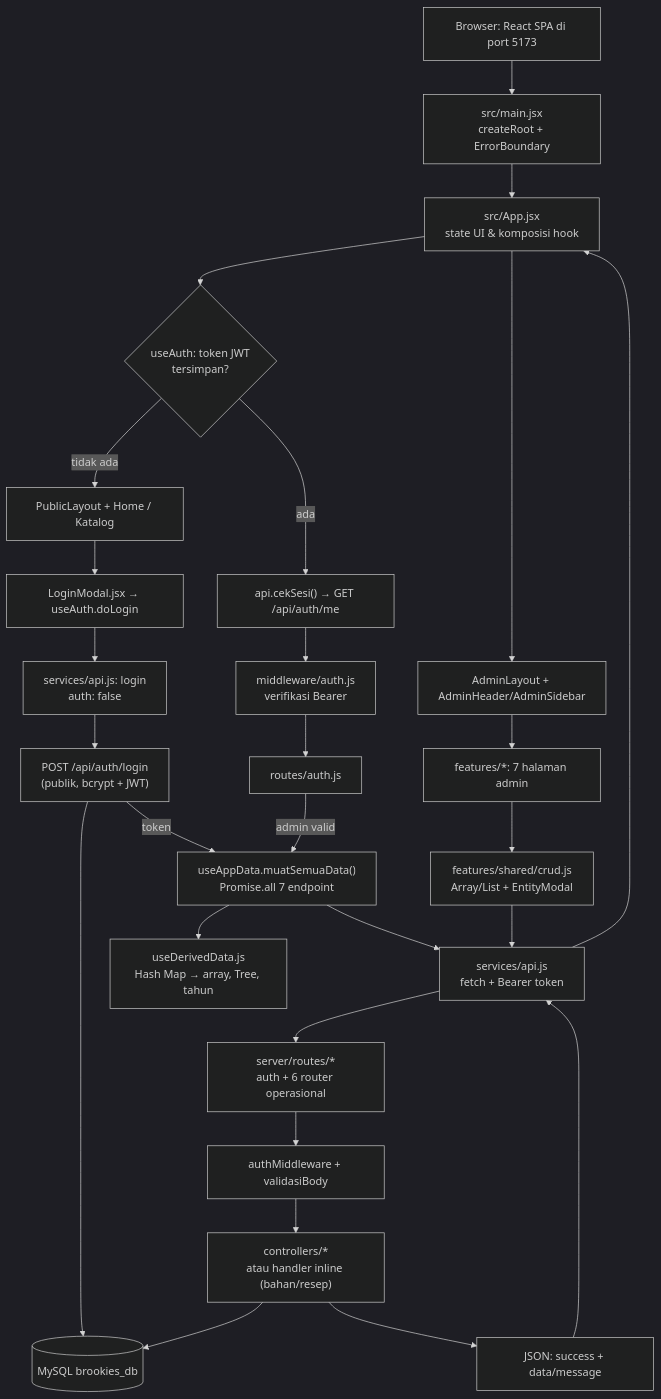
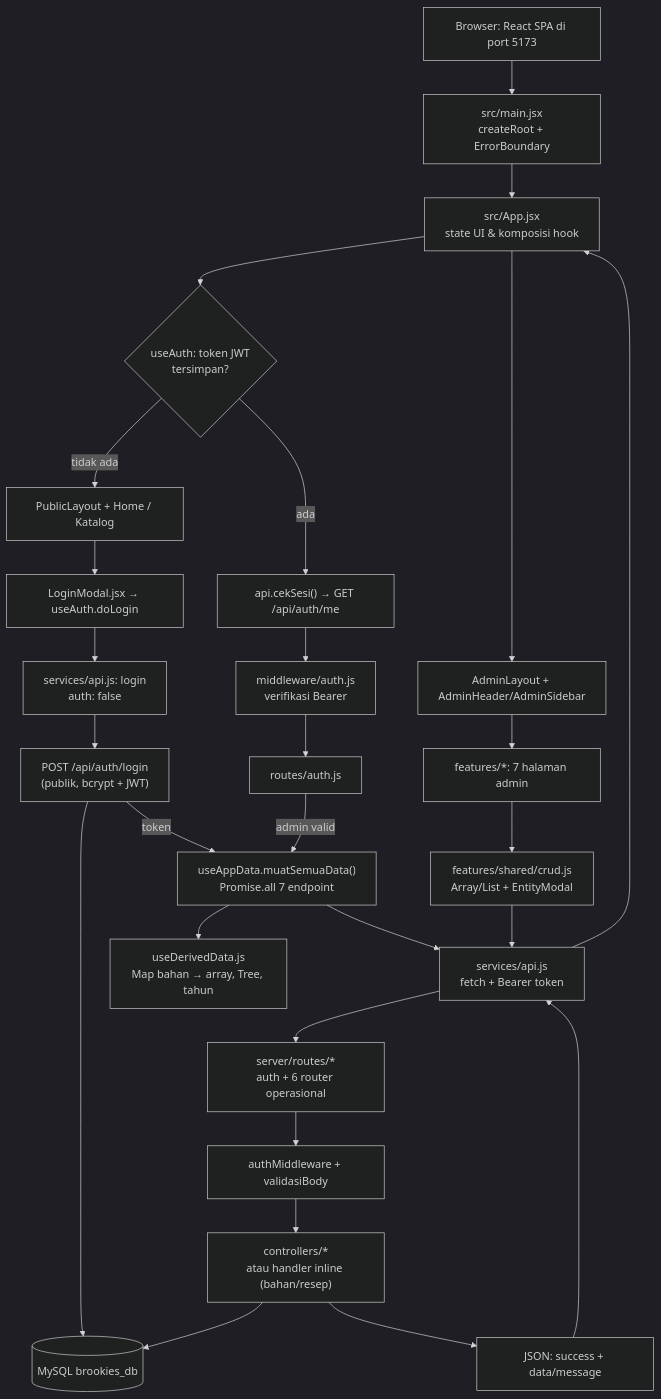
The first of 2 diagrams in PETA_SOURCE_CODE.md (niningnuraisyah04/brookies-app), drawn with Mermaid (dark theme) before and after one commit. The commit also changed other lines of this file and 8 other files, not shown here.

````diff
--- a/PETA_SOURCE_CODE.md
+++ b/PETA_SOURCE_CODE.md
@@ -228,36 +235,36 @@
 ```mermaid
 flowchart TD
     Browser["Browser: React SPA di port 5173"]
     Main["src/main.jsx<br/>createRoot + ErrorBoundary"]
     App["src/App.jsx<br/>state UI & komposisi hook"]
 
     Browser --> Main --> App
 
     App --> Cek{"useAuth: token JWT<br/>tersimpan?"}
     Cek -- "tidak ada" --> Publik["PublicLayout + Home / Katalog"]
     Publik --> Login["LoginModal.jsx → useAuth.doLogin"]
     Login --> LoginApi["services/api.js: login<br/>auth: false"]
     LoginApi --> LoginRoute["POST /api/auth/login<br/>(publik, bcrypt + JWT)"]
     LoginRoute --> DB[("MySQL brookies_db")]
 
     Cek -- "ada" --> Sesi["api.cekSesi() → GET /api/auth/me"]
     Sesi --> AuthMW["middleware/auth.js<br/>verifikasi Bearer"]
     AuthMW --> AuthRoute["routes/auth.js"]
 
     LoginRoute -- "token" --> Muat["useAppData.muatSemuaData()<br/>Promise.all 7 endpoint"]
     AuthRoute -- "admin valid" --> Muat
 
-    Muat --> Derive["useDerivedData.js<br/>Hash Map → array, Tree, tahun"]
+    Muat --> Derive["useDerivedData.js<br/>Map bahan → array, Tree, tahun"]
     App --> AdminLayout["AdminLayout + AdminHeader/AdminSidebar"]
     AdminLayout --> Pages["features/*: 7 halaman admin"]
     Pages --> Crud["features/shared/crud.js<br/>Array/List + EntityModal"]
     Crud --> Api["services/api.js<br/>fetch + Bearer token"]
     Muat --> Api
 
     Api --> Routes["server/routes/*<br/>auth + 6 router operasional"]
     Routes --> Middleware["authMiddleware + validasiBody"]
     Middleware --> Controller["controllers/*<br/>atau handler inline (bahan/resep)"]
     Controller --> DB
     Controller --> Response["JSON: success + data/message"]
     Response --> Api --> App
 ```
````
